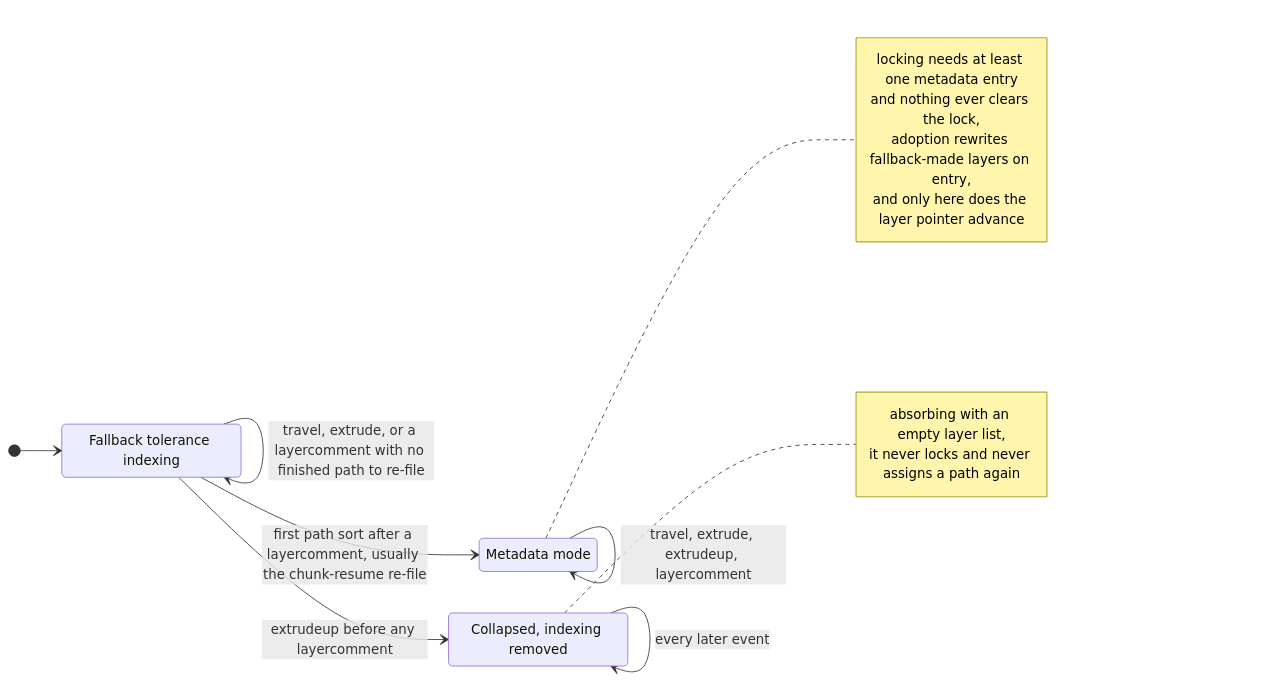
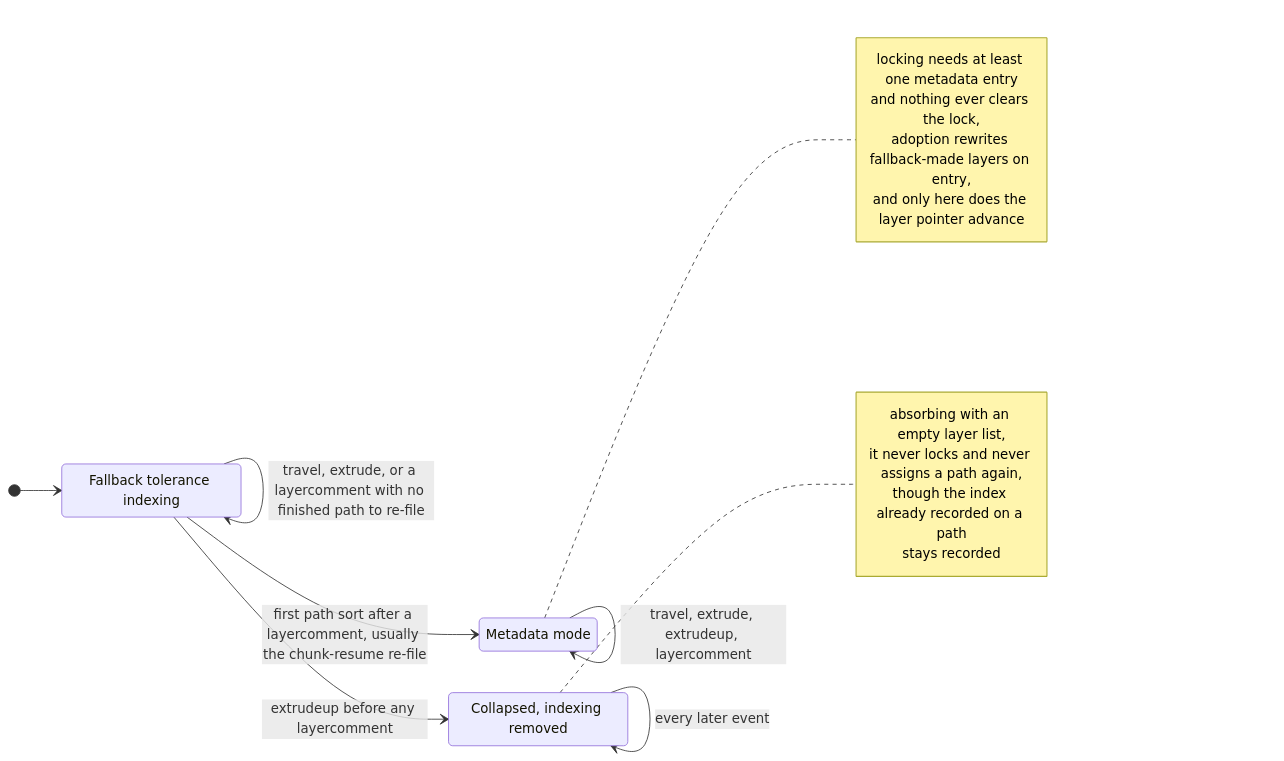
The first of 3 diagrams in verification/quint/layer-indexer.md (xyz-tools/gcode-preview), drawn with Mermaid before and after one commit. The commit also changed other lines of this file and 801 other files, not shown here.

````diff
--- a/verification/quint/layer-indexer.md
+++ b/verification/quint/layer-indexer.md
@@ -9,23 +15,25 @@
 ```mermaid
 stateDiagram-v2
     direction LR
     Fallback: Fallback tolerance indexing
     Metadata: Metadata mode
     Collapsed: Collapsed, indexing removed
     [*] --> Fallback
     Fallback --> Fallback: travel, extrude, or a layercomment with no finished path to re-file
     Fallback --> Metadata: first path sort after a layercomment, usually the chunk-resume re-file
     Fallback --> Collapsed: extrudeup before any layercomment
     Metadata --> Metadata: travel, extrude, extrudeup, layercomment
     Collapsed --> Collapsed: every later event
     note right of Metadata
         locking needs at least one metadata entry
         and nothing ever clears the lock,
         adoption rewrites fallback-made layers on entry,
         and only here does the layer pointer advance
     end note
     note right of Collapsed
         absorbing with an empty layer list,
-        it never locks and never assigns a path again
+        it never locks and never assigns a path again,
+        though the index already recorded on a path
+        stays recorded
     end note
 ```
````
